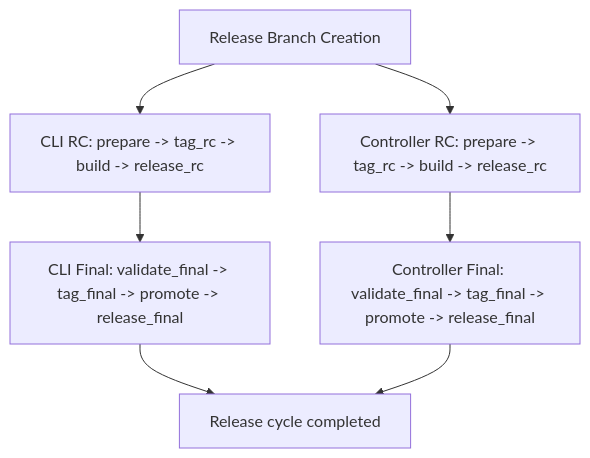
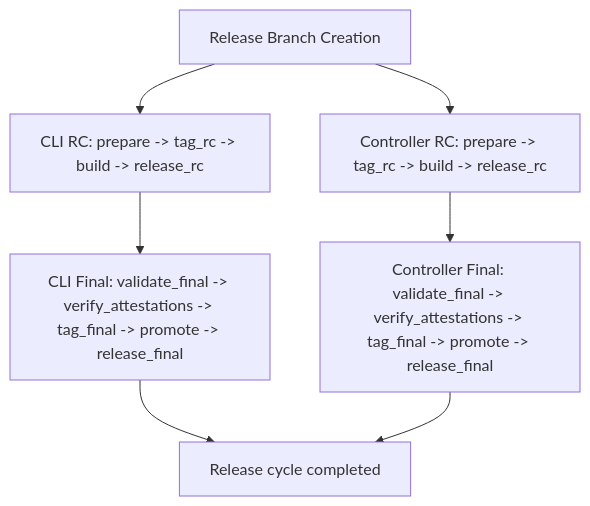
Before and after one commit to open-component-model/open-component-model: the second of 2 diagrams in RELEASE_PROCESS.md, drawn with Mermaid. The commit also changed other lines of this file, not shown here.

````diff
--- a/RELEASE_PROCESS.md
+++ b/RELEASE_PROCESS.md
@@ -199,9 +210,9 @@
 ```mermaid
 flowchart TD
   A[Release Branch Creation] --> B[CLI RC: prepare -> tag_rc -> build -> release_rc]
   A --> C[Controller RC: prepare -> tag_rc -> build -> release_rc]
-  B --> D[CLI Final: validate_final -> tag_final -> promote -> release_final]
-  C --> E[Controller Final: validate_final -> tag_final -> promote -> release_final]
+  B --> D[CLI Final: validate_final -> verify_attestations -> tag_final -> promote -> release_final]
+  C --> E[Controller Final: validate_final -> verify_attestations -> tag_final -> promote -> release_final]
   D --> F[Release cycle completed]
   E --> F
 ```
````
